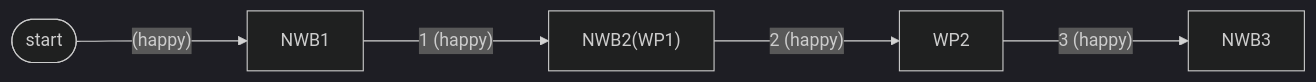
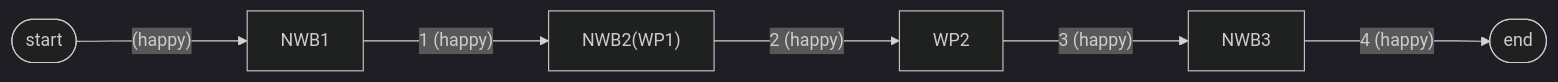
One commit to flowdev/comb changed the fourth of 6 diagrams in error_handling.md. Above: the diagram before and after it, drawn with Mermaid (dark theme). The commit also changed other lines of this file, not shown here.

Commit message:
Use no markdown in flow graphs for better results.

````diff
--- a/error_handling.md
+++ b/error_handling.md
@@ -216,10 +218,12 @@
 ```mermaid
 flowchart LR
-  st(["`start`"])
-  p1["`NWB1`"]
-  p2["`NWB2(WP1)`"]
-  p3["`WP2`"]
-  p4["`NWB3`"]
+  st(["start"])
+  p1["NWB1"]
+  p2["NWB2(WP1)"]
+  p3["WP2"]
+  p4["NWB3"]
+  ed(["end"])
 
-  st--->|"`(happy)`"|p1--->|"`1 (happy)`"|p2--->|"`2 (happy)`"|p3--->|"`3 (happy)`"|p4
+  st--->|"(happy)"|p1--->|"1 (happy)"|p2--->|"2 (happy)"|p3--->|"3 (happy)"|p4
+  p4--->|"4 (happy)"| ed
 ```
````
